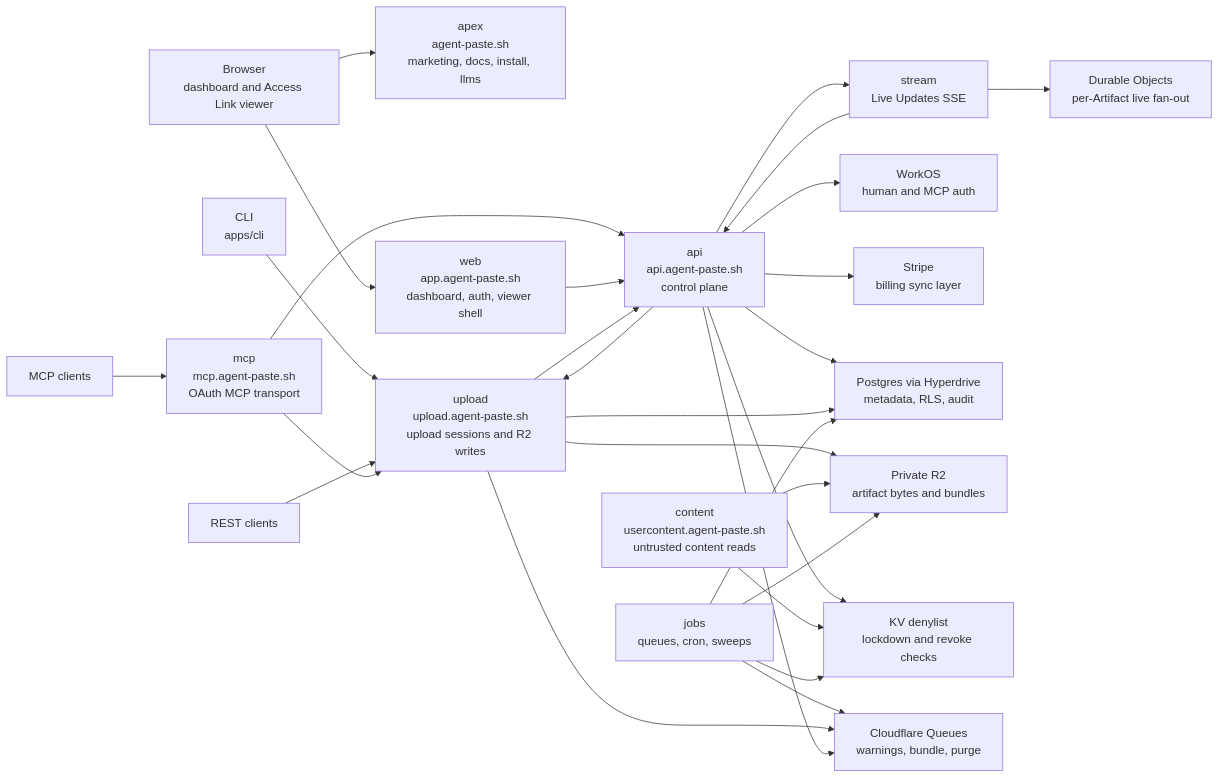
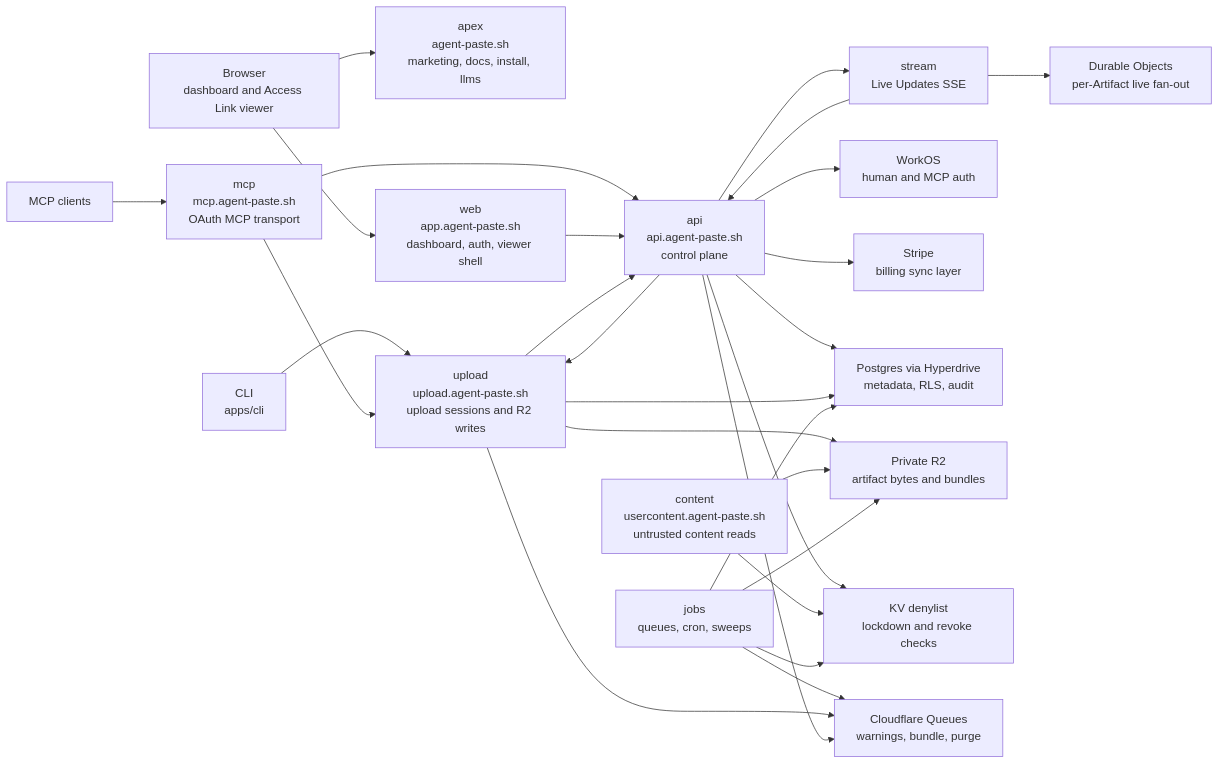
The first of 5 diagrams in docs/specs/architecture.md (zaks-io/agent-paste), drawn with Mermaid before and after one commit. The commit also changed other lines of this file and 57 other files, not shown here.

````diff
--- a/docs/specs/architecture.md
+++ b/docs/specs/architecture.md
@@ -16,54 +16,52 @@
 ```mermaid
 flowchart LR
   cli["CLI<br/>apps/cli"]
-  rest["REST clients"]
   browser["Browser<br/>dashboard and Access Link viewer"]
   agents["MCP clients"]
 
   apex["apex<br/>agent-paste.sh<br/>marketing, docs, install, llms"]
   web["web<br/>app.agent-paste.sh<br/>dashboard, auth, viewer shell"]
   mcp["mcp<br/>mcp.agent-paste.sh<br/>OAuth MCP transport"]
   api["api<br/>api.agent-paste.sh<br/>control plane"]
   upload["upload<br/>upload.agent-paste.sh<br/>upload sessions and R2 writes"]
   content["content<br/>usercontent.agent-paste.sh<br/>untrusted content reads"]
   stream["stream<br/>Live Updates SSE"]
   jobs["jobs<br/>queues, cron, sweeps"]
 
   workos["WorkOS<br/>human and MCP auth"]
   stripe["Stripe<br/>billing sync layer"]
   pg["Postgres via Hyperdrive<br/>metadata, RLS, audit"]
   r2["Private R2<br/>artifact bytes and bundles"]
   kv["KV denylist<br/>lockdown and revoke checks"]
   queues["Cloudflare Queues<br/>warnings, bundle, purge"]
   durable["Durable Objects<br/>per-Artifact live fan-out"]
 
   cli --> upload
-  rest --> upload
   agents --> mcp
   browser --> web
   browser --> apex
 
   mcp --> api
   mcp --> upload
   web --> api
   upload --> api
   api --> upload
   api --> stream
   stream --> durable
   stream --> api
 
   api --> pg
   api --> kv
   api --> workos
   api --> stripe
   upload --> r2
   upload --> pg
   content --> r2
   content --> kv
   jobs --> pg
   jobs --> r2
   jobs --> kv
   jobs --> queues
   upload --> queues
   api --> queues
 ```
````
